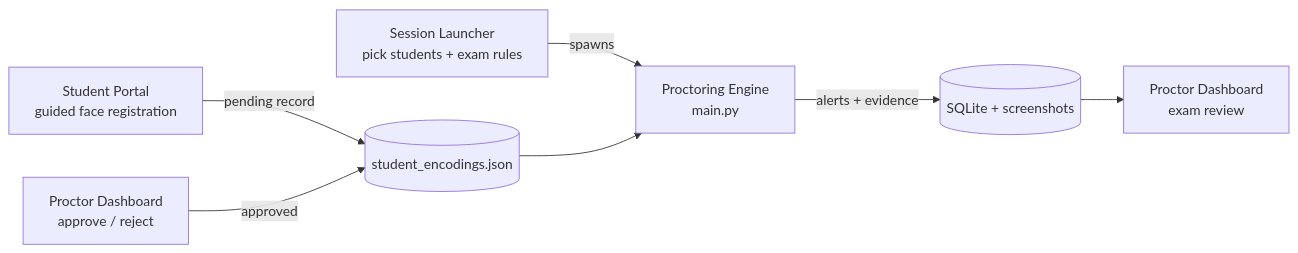
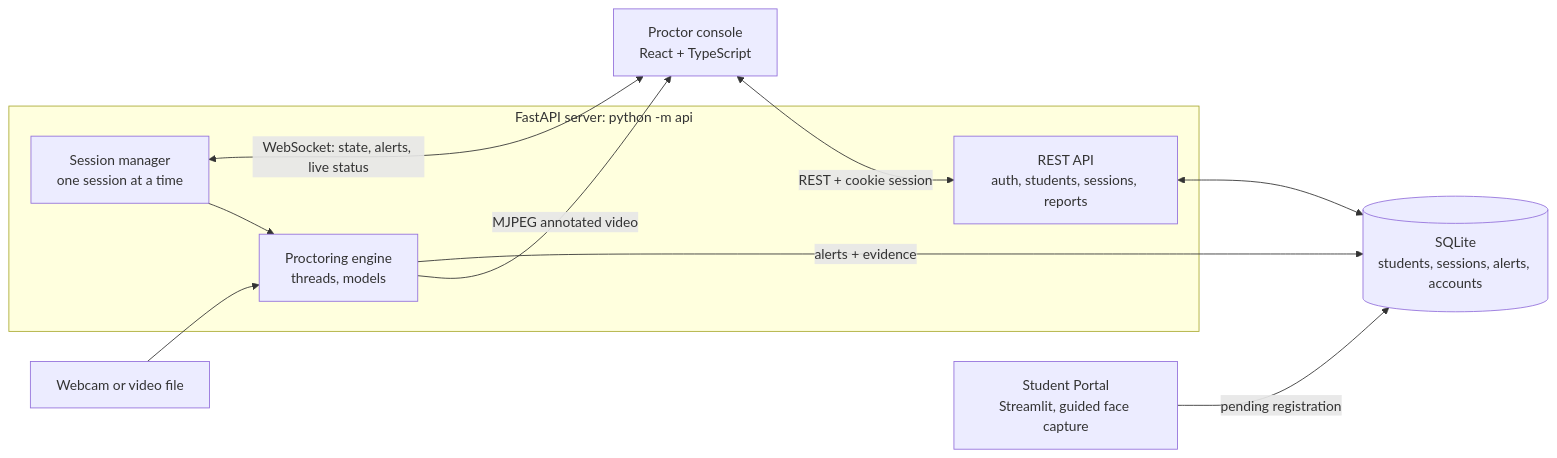
Before and after one commit to tsetan13821/smart-exam-surveillance: the diagram in README.md, drawn with Mermaid. The commit also changed other lines of this file and 7 other files, not shown here.

First line of the commit message:
Remove the Streamlit launcher and dashboard; document the web console

````diff
--- a/README.md
+++ b/README.md
@@ -26,9 +26,16 @@
 ```mermaid
 flowchart LR
-    A[Student Portal<br/>guided face registration] -->|pending record| DB[(student_encodings.json)]
-    B[Proctor Dashboard<br/>approve / reject] -->|approved| DB
-    C[Session Launcher<br/>pick students + exam rules] -->|spawns| E[Proctoring Engine<br/>main.py]
-    DB --> E
-    E -->|alerts + evidence| S[(SQLite + screenshots)]
-    S --> R[Proctor Dashboard<br/>exam review]
+    P[Student Portal<br/>Streamlit, guided face capture] -->|pending registration| DB[(SQLite<br/>students, sessions, alerts, accounts)]
+    subgraph Server[FastAPI server: python -m api]
+        API[REST API<br/>auth, students, sessions, reports]
+        M[Session manager<br/>one session at a time]
+        E[Proctoring engine<br/>threads, models]
+        M --> E
+    end
+    UI[Proctor console<br/>React + TypeScript] <-->|REST + cookie session| API
+    UI <-->|WebSocket: state, alerts, live status| M
+    E -->|MJPEG annotated video| UI
+    API <--> DB
+    E -->|alerts + evidence| DB
+    CAM[Webcam or video file] --> E
 ```
````
